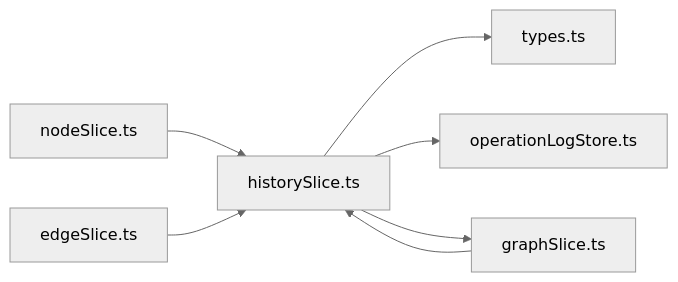
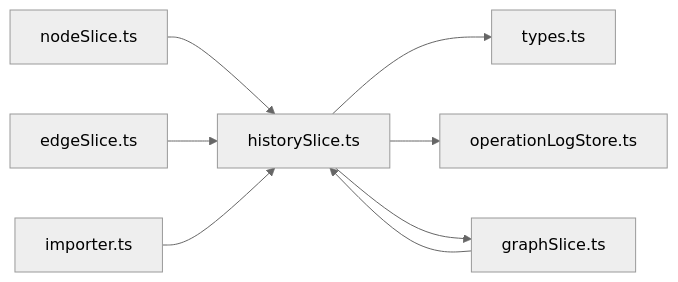
One commit to kqcoxn/MaaPipelineEditor changed the sixth of 6 diagrams in .qoder/repowiki/zh/content/状态管理系统/Flow Store 核心状态/历史状态管理 (historySlice).md. Above: the diagram before and after it, drawn with Mermaid (neutral theme). The commit also changed other lines of this file and 37 other files, not shown here.

````diff
--- a/.qoder/repowiki/zh/content/状态管理系统/Flow Store 核心状态/历史状态管理 (historySlice).md
+++ b/.qoder/repowiki/zh/content/状态管理系统/Flow Store 核心状态/历史状态管理 (historySlice).md
@@ -219,9 +271,10 @@
 ```mermaid
 graph LR
 Hist["historySlice.ts"] --> Types["types.ts"]
 Hist --> OpLog["operationLogStore.ts"]
 Hist --> Graph["graphSlice.ts"]
 Node["nodeSlice.ts"] --> Hist
 Edge["edgeSlice.ts"] --> Hist
 Graph --> Hist
+Importer["importer.ts"] --> Hist
 ```
````
